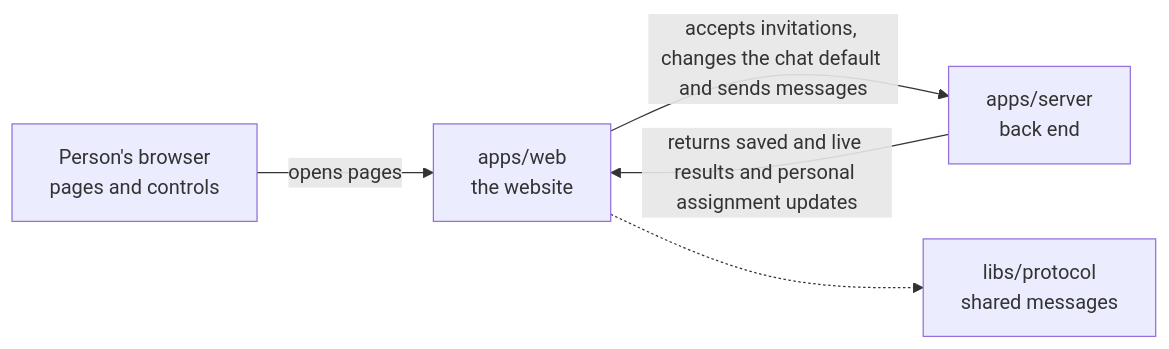
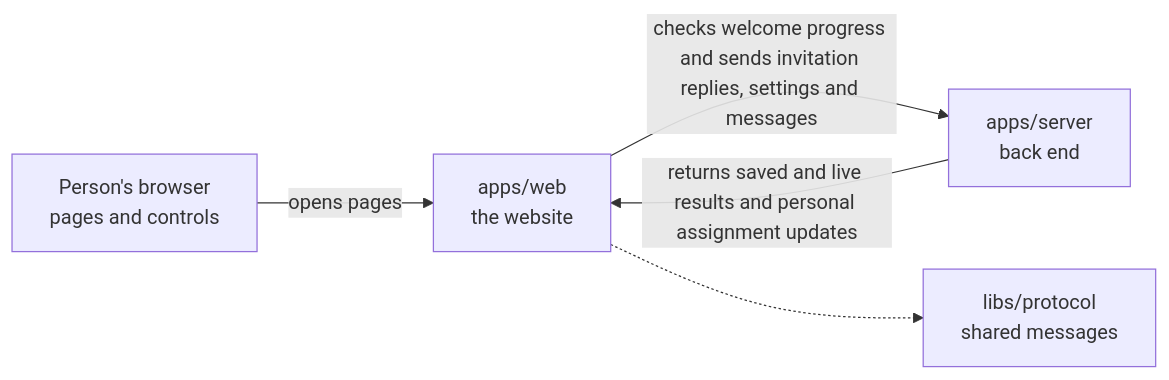
One commit to elewa-git/opencrane-new changed the diagram in apps/web/README.md. Above: the diagram before and after it, drawn with Mermaid. The commit also changed other lines of this file and 144 other files, not shown here.

````diff
--- a/apps/web/README.md
+++ b/apps/web/README.md
@@ -17,7 +17,7 @@
 ```mermaid
 flowchart LR
   browser["Person's browser<br/>pages and controls"] -->|opens pages| web["apps/web<br/>the website"]
-  web -->|accepts invitations, changes the chat default and sends messages| server["apps/server<br/>back end"]
+  web -->|checks welcome progress and sends invitation replies, settings and messages| server["apps/server<br/>back end"]
   server -->|returns saved and live results and personal assignment updates| web
   web -.-> protocol["libs/protocol<br/>shared messages"]
 ```
````
